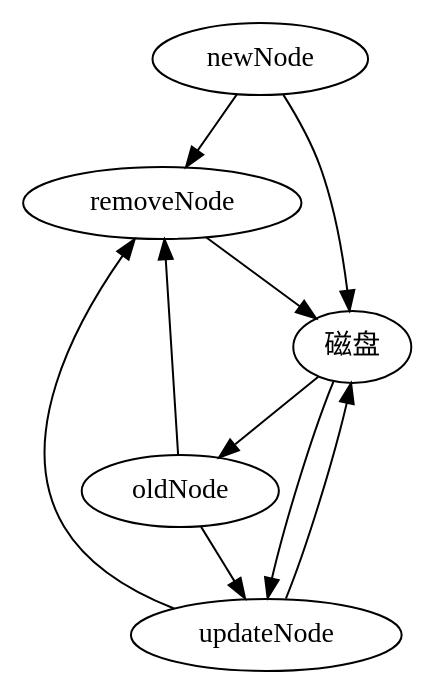
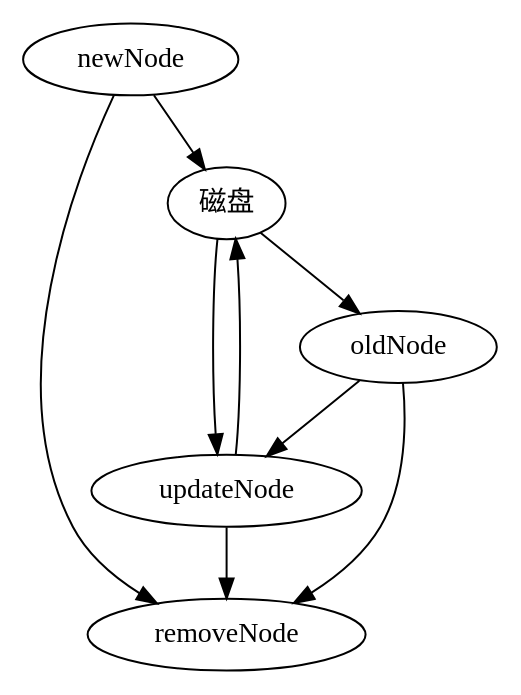
The first of 7 diagrams in doc/3-索引存储引擎.md (rectcircle/course-design-DBMS), drawn with Graphviz before and after one commit. The commit also changed other lines of this file and 5 other files, not shown here.

````diff
--- a/doc/3-索引存储引擎.md
+++ b/doc/3-索引存储引擎.md
@@ -109,18 +109,17 @@
 ```dot
 digraph nodestatus {
   newNode
   oldNode
   updateNode
   removeNode
 
   newNode -> 磁盘
   磁盘 -> oldNode
   oldNode -> updateNode
   磁盘 -> updateNode
   updateNode -> 磁盘
-  removeNode -> 磁盘
   updateNode->removeNode
   oldNode -> removeNode
   newNode->removeNode
 }
 ```
````
